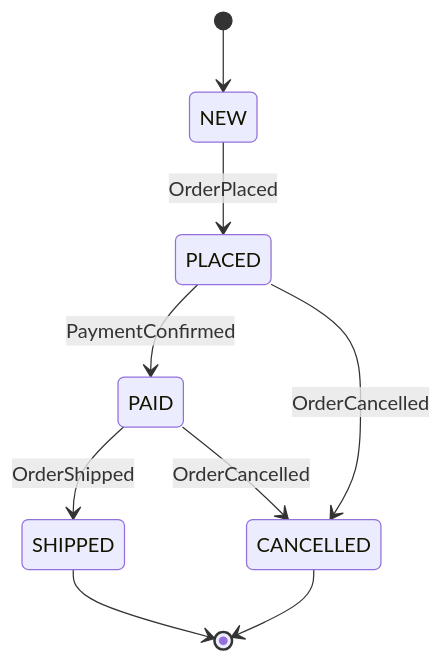
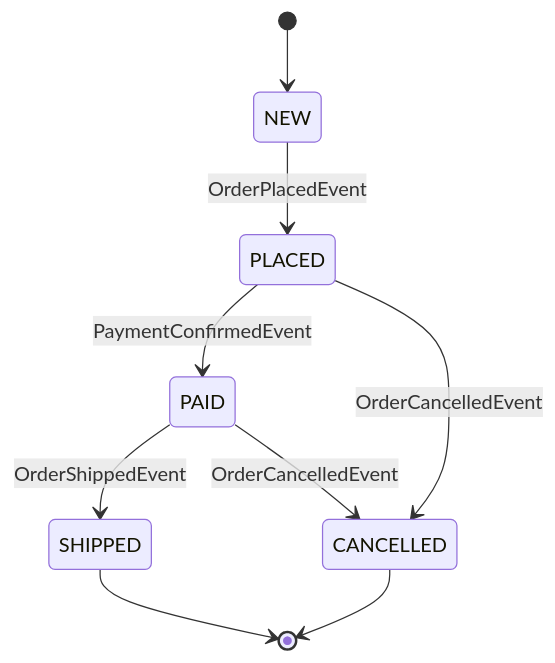
The third of 4 diagrams in README.md (alpha-prosoft/edd-java), drawn with Mermaid before and after one commit. The commit also changed other lines of this file and 33 other files, not shown here.

````diff
--- a/README.md
+++ b/README.md
@@ -193,11 +217,11 @@
 ```mermaid
 stateDiagram-v2
     [*] --> NEW
-    NEW --> PLACED: OrderPlaced
-    PLACED --> PAID: PaymentConfirmed
-    PLACED --> CANCELLED: OrderCancelled
-    PAID --> SHIPPED: OrderShipped
-    PAID --> CANCELLED: OrderCancelled
+    NEW --> PLACED: OrderPlacedEvent
+    PLACED --> PAID: PaymentConfirmedEvent
+    PLACED --> CANCELLED: OrderCancelledEvent
+    PAID --> SHIPPED: OrderShippedEvent
+    PAID --> CANCELLED: OrderCancelledEvent
     SHIPPED --> [*]
     CANCELLED --> [*]
 ```
````
